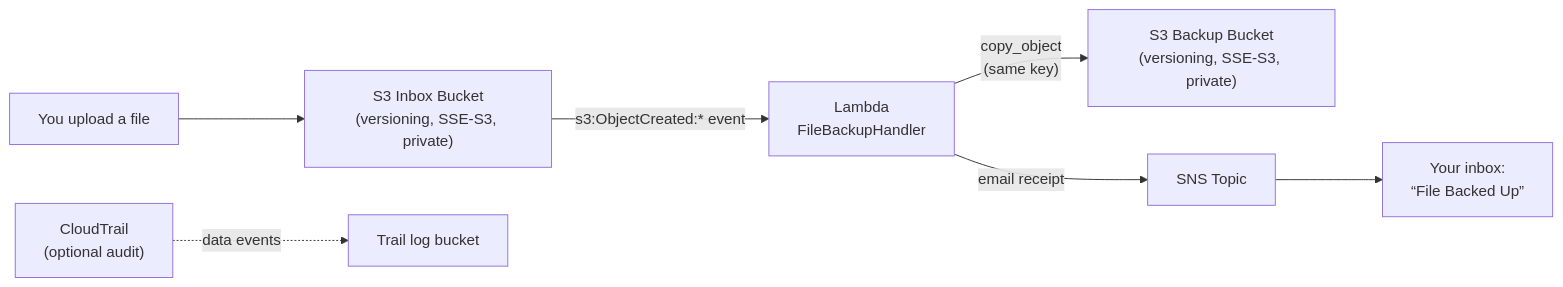
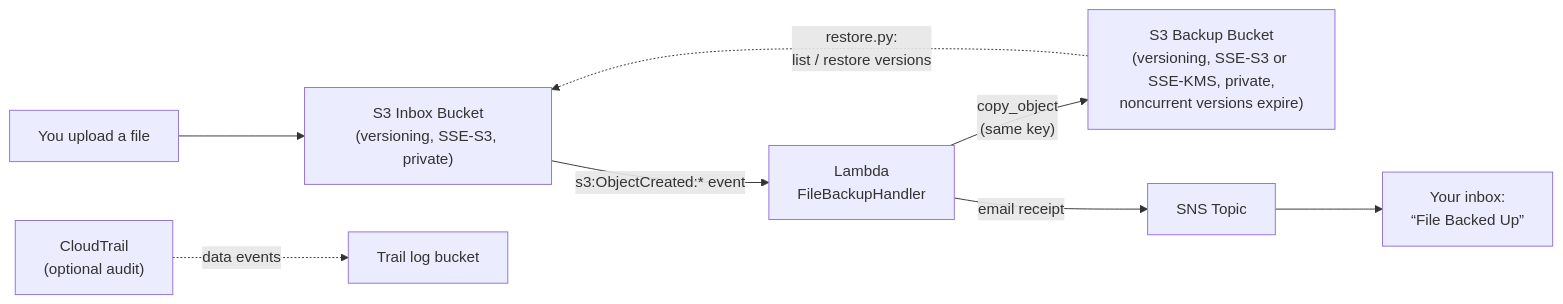
One commit to Sanjays2402/personal-file-backup changed the diagram in docs/architecture.mmd. Above: the diagram before and after it, drawn with Mermaid. The commit also changed 10 other files, not shown here.

First line of the commit message:
Add restore helper, lifecycle expiry, optional SSE-KMS, richer receipts, CI

```diff
--- a/docs/architecture.mmd
+++ b/docs/architecture.mmd
@@ -1,7 +1,8 @@
 flowchart LR
     You["You upload a file"] --> Inbox["S3 Inbox Bucket<br/>(versioning, SSE-S3, private)"]
     Inbox -- "s3:ObjectCreated:* event" --> Lambda["Lambda<br/>FileBackupHandler"]
-    Lambda -- "copy_object<br/>(same key)" --> Backup["S3 Backup Bucket<br/>(versioning, SSE-S3, private)"]
+    Lambda -- "copy_object<br/>(same key)" --> Backup["S3 Backup Bucket<br/>(versioning, SSE-S3 or SSE-KMS, private,<br/>noncurrent versions expire)"]
     Lambda -- "email receipt" --> SNS["SNS Topic"]
     SNS --> Email["Your inbox:<br/>“File Backed Up”"]
+    Backup -. "restore.py:<br/>list / restore versions" .-> Inbox
     CloudTrail["CloudTrail<br/>(optional audit)"] -.->|data events| Logs["Trail log bucket"]
```
